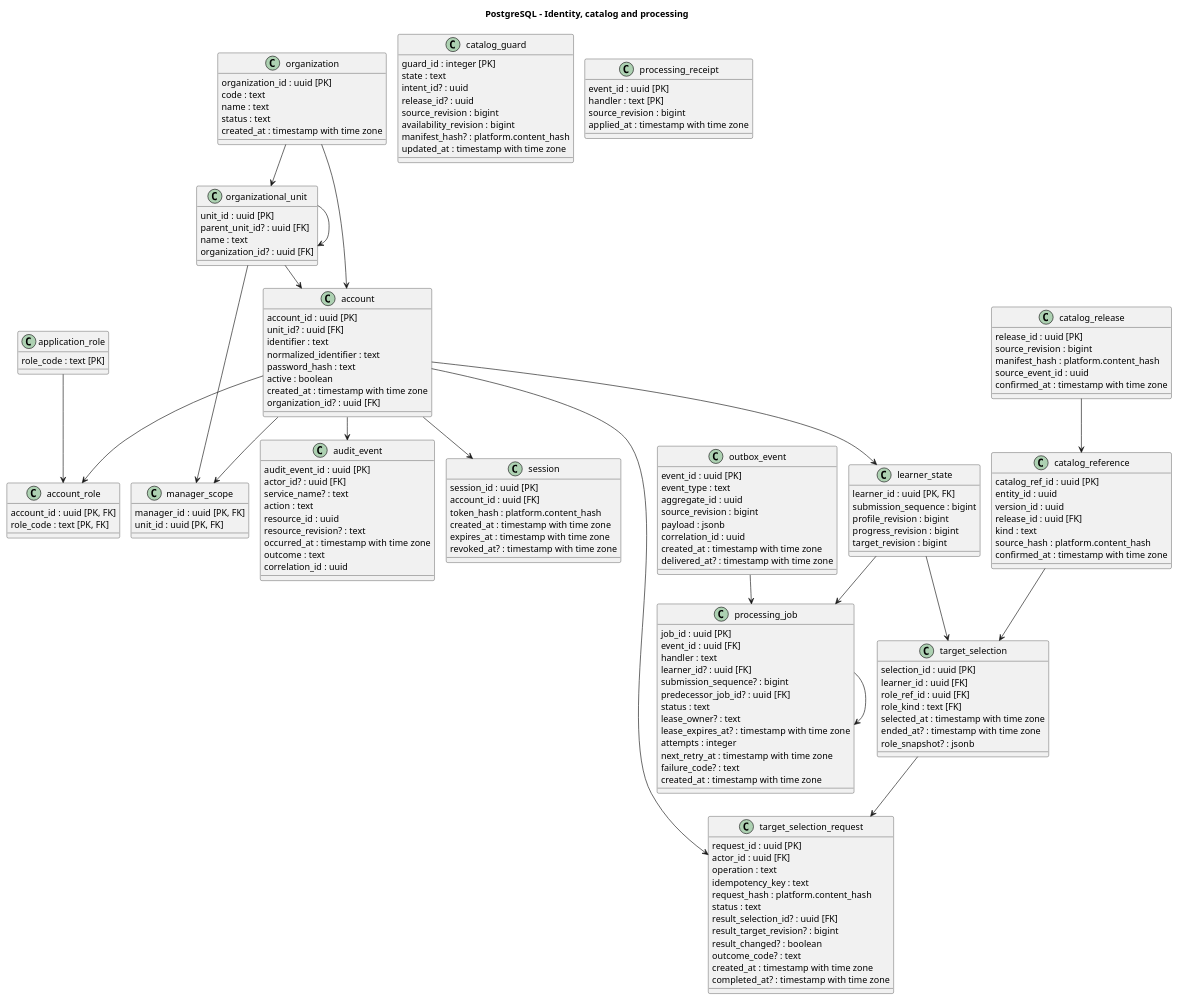
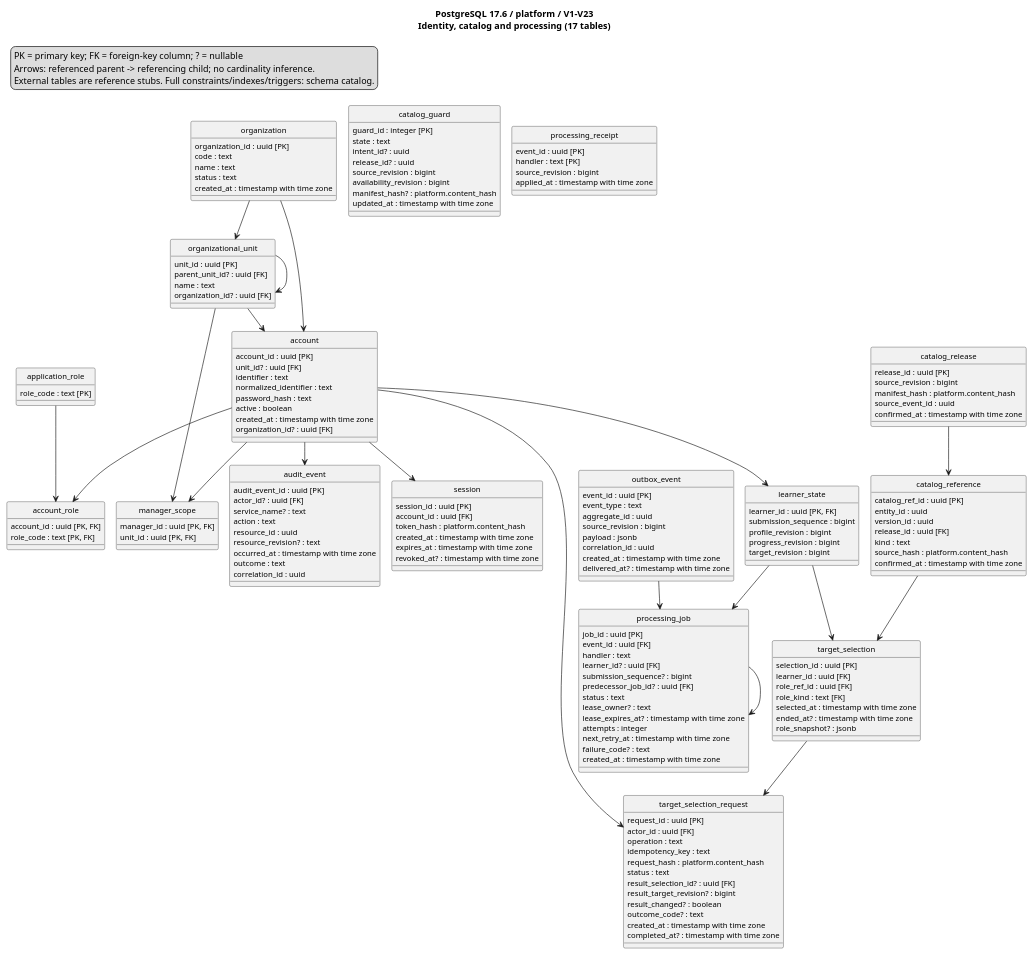
The diagram in documents/diagrams/postgresql.puml (SEP490-Fall-2026-GFA26SE64/SEP490), drawn with PlantUML before and after one commit. The commit also changed 20 other files, not shown here.

Commit message:
docs(schema): regenerate PostgreSQL V23 diagrams and metadata catalog

```diff
--- a/documents/diagrams/postgresql.puml
+++ b/documents/diagrams/postgresql.puml
@@ -1,165 +1,174 @@
 @startuml
 !pragma layout smetana
 top to bottom direction
 skinparam shadowing false
-title PostgreSQL - Identity, catalog and processing
+hide circle
+skinparam classAttributeIconSize 0
+skinparam defaultFontName SansSerif
+skinparam defaultFontSize 12
+title PostgreSQL 17.6 / platform / V1-V23\nIdentity, catalog and processing (17 tables)
+legend top left
+PK = primary key; FK = foreign-key column; ? = nullable
+Arrows: referenced parent -> referencing child; no cardinality inference.
+External tables are reference stubs. Full constraints/indexes/triggers: schema catalog.
+endlegend
 class organization {
-    organization_id : uuid [PK]
-    code : text
-    name : text
-    status : text
-    created_at : timestamp with time zone
+  organization_id : uuid [PK]
+  code : text
+  name : text
+  status : text
+  created_at : timestamp with time zone
 }
 class organizational_unit {
-    unit_id : uuid [PK]
-    parent_unit_id? : uuid [FK]
-    name : text
-    organization_id? : uuid [FK]
+  unit_id : uuid [PK]
+  parent_unit_id? : uuid [FK]
+  name : text
+  organization_id? : uuid [FK]
 }
 class account {
-    account_id : uuid [PK]
-    unit_id? : uuid [FK]
-    identifier : text
-    normalized_identifier : text
-    password_hash : text
-    active : boolean
-    created_at : timestamp with time zone
-    organization_id? : uuid [FK]
+  account_id : uuid [PK]
+  unit_id? : uuid [FK]
+  identifier : text
+  normalized_identifier : text
+  password_hash : text
+  active : boolean
+  created_at : timestamp with time zone
+  organization_id? : uuid [FK]
 }
 class application_role {
-    role_code : text [PK]
+  role_code : text [PK]
 }
 class account_role {
-    account_id : uuid [PK, FK]
-    role_code : text [PK, FK]
+  account_id : uuid [PK, FK]
+  role_code : text [PK, FK]
 }
 class manager_scope {
-    manager_id : uuid [PK, FK]
-    unit_id : uuid [PK, FK]
+  manager_id : uuid [PK, FK]
+  unit_id : uuid [PK, FK]
 }
 class session {
-    session_id : uuid [PK]
-    account_id : uuid [FK]
-    token_hash : platform.content_hash
-    created_at : timestamp with time zone
-    expires_at : timestamp with time zone
-    revoked_at? : timestamp with time zone
+  session_id : uuid [PK]
+  account_id : uuid [FK]
+  token_hash : platform.content_hash
+  created_at : timestamp with time zone
+  expires_at : timestamp with time zone
+  revoked_at? : timestamp with time zone
 }
 class learner_state {
-    learner_id : uuid [PK, FK]
-    submission_sequence : bigint
-    profile_revision : bigint
-    progress_revision : bigint
-    target_revision : bigint
+  learner_id : uuid [PK, FK]
+  submission_sequence : bigint
+  profile_revision : bigint
+  progress_revision : bigint
+  target_revision : bigint
 }
 class catalog_guard {
-    guard_id : integer [PK]
-    state : text
-    intent_id? : uuid
-    release_id? : uuid
-    source_revision : bigint
-    availability_revision : bigint
-    manifest_hash? : platform.content_hash
-    updated_at : timestamp with time zone
+  guard_id : integer [PK]
+  state : text
+  intent_id? : uuid
+  release_id? : uuid
+  source_revision : bigint
+  availability_revision : bigint
+  manifest_hash? : platform.content_hash
+  updated_at : timestamp with time zone
 }
 class catalog_release {
-    release_id : uuid [PK]
-    source_revision : bigint
-    manifest_hash : platform.content_hash
-    source_event_id : uuid
-    confirmed_at : timestamp with time zone
+  release_id : uuid [PK]
+  source_revision : bigint
+  manifest_hash : platform.content_hash
+  source_event_id : uuid
+  confirmed_at : timestamp with time zone
 }
 class catalog_reference {
-    catalog_ref_id : uuid [PK]
-    entity_id : uuid
-    version_id : uuid
-    release_id : uuid [FK]
-    kind : text
-    source_hash : platform.content_hash
-    confirmed_at : timestamp with time zone
+  catalog_ref_id : uuid [PK]
+  entity_id : uuid
+  version_id : uuid
+  release_id : uuid [FK]
+  kind : text
+  source_hash : platform.content_hash
+  confirmed_at : timestamp with time zone
 }
 class target_selection {
-    selection_id : uuid [PK]
-    learner_id : uuid [FK]
-    role_ref_id : uuid [FK]
-    role_kind : text [FK]
-    selected_at : timestamp with time zone
-    ended_at? : timestamp with time zone
-    role_snapshot? : jsonb
+  selection_id : uuid [PK]
+  learner_id : uuid [FK]
+  role_ref_id : uuid [FK]
+  role_kind : text [FK]
+  selected_at : timestamp with time zone
+  ended_at? : timestamp with time zone
+  role_snapshot? : jsonb
 }
 class target_selection_request {
-    request_id : uuid [PK]
-    actor_id : uuid [FK]
-    operation : text
-    idempotency_key : text
-    request_hash : platform.content_hash
-    status : text
-    result_selection_id? : uuid [FK]
-    result_target_revision? : bigint
-    result_changed? : boolean
-    outcome_code? : text
-    created_at : timestamp with time zone
-    completed_at? : timestamp with time zone
+  request_id : uuid [PK]
+  actor_id : uuid [FK]
+  operation : text
+  idempotency_key : text
+  request_hash : platform.content_hash
+  status : text
+  result_selection_id? : uuid [FK]
+  result_target_revision? : bigint
+  result_changed? : boolean
+  outcome_code? : text
+  created_at : timestamp with time zone
+  completed_at? : timestamp with time zone
 }
 class outbox_event {
-    event_id : uuid [PK]
-    event_type : text
-    aggregate_id : uuid
-    source_revision : bigint
-    payload : jsonb
-    correlation_id : uuid
-    created_at : timestamp with time zone
-    delivered_at? : timestamp with time zone
+  event_id : uuid [PK]
+  event_type : text
+  aggregate_id : uuid
+  source_revision : bigint
+  payload : jsonb
+  correlation_id : uuid
+  created_at : timestamp with time zone
+  delivered_at? : timestamp with time zone
 }
 class processing_job {
-    job_id : uuid [PK]
-    event_id : uuid [FK]
-    handler : text
-    learner_id? : uuid [FK]
-    submission_sequence? : bigint
-    predecessor_job_id? : uuid [FK]
-    status : text
-    lease_owner? : text
-    lease_expires_at? : timestamp with time zone
-    attempts : integer
-    next_retry_at : timestamp with time zone
-    failure_code? : text
-    created_at : timestamp with time zone
+  job_id : uuid [PK]
+  event_id : uuid [FK]
+  handler : text
+  learner_id? : uuid [FK]
+  submission_sequence? : bigint
+  predecessor_job_id? : uuid [FK]
+  status : text
+  lease_owner? : text
+  lease_expires_at? : timestamp with time zone
+  attempts : integer
+  next_retry_at : timestamp with time zone
+  failure_code? : text
+  created_at : timestamp with time zone
 }
 class processing_receipt {
-    event_id : uuid [PK]
-    handler : text [PK]
-    source_revision : bigint
-    applied_at : timestamp with time zone
+  event_id : uuid [PK]
+  handler : text [PK]
+  source_revision : bigint
+  applied_at : timestamp with time zone
 }
 class audit_event {
-    audit_event_id : uuid [PK]
-    actor_id? : uuid [FK]
-    service_name? : text
-    action : text
-    resource_id : uuid
-    resource_revision? : text
-    occurred_at : timestamp with time zone
-    outcome : text
-    correlation_id : uuid
+  audit_event_id : uuid [PK]
+  actor_id? : uuid [FK]
+  service_name? : text
+  action : text
+  resource_id : uuid
+  resource_revision? : text
+  occurred_at : timestamp with time zone
+  outcome : text
+  correlation_id : uuid
 }
 account --> account_role
 account --> audit_event
 account --> learner_state
 account --> manager_scope
 account --> session
 account --> target_selection_request
 application_role --> account_role
 catalog_reference --> target_selection
 catalog_release --> catalog_reference
 learner_state --> processing_job
 learner_state --> target_selection
 organization --> account
 organization --> organizational_unit
 organizational_unit --> account
 organizational_unit --> manager_scope
 organizational_unit --> organizational_unit
 outbox_event --> processing_job
 processing_job --> processing_job
 target_selection --> target_selection_request
 @enduml
```
